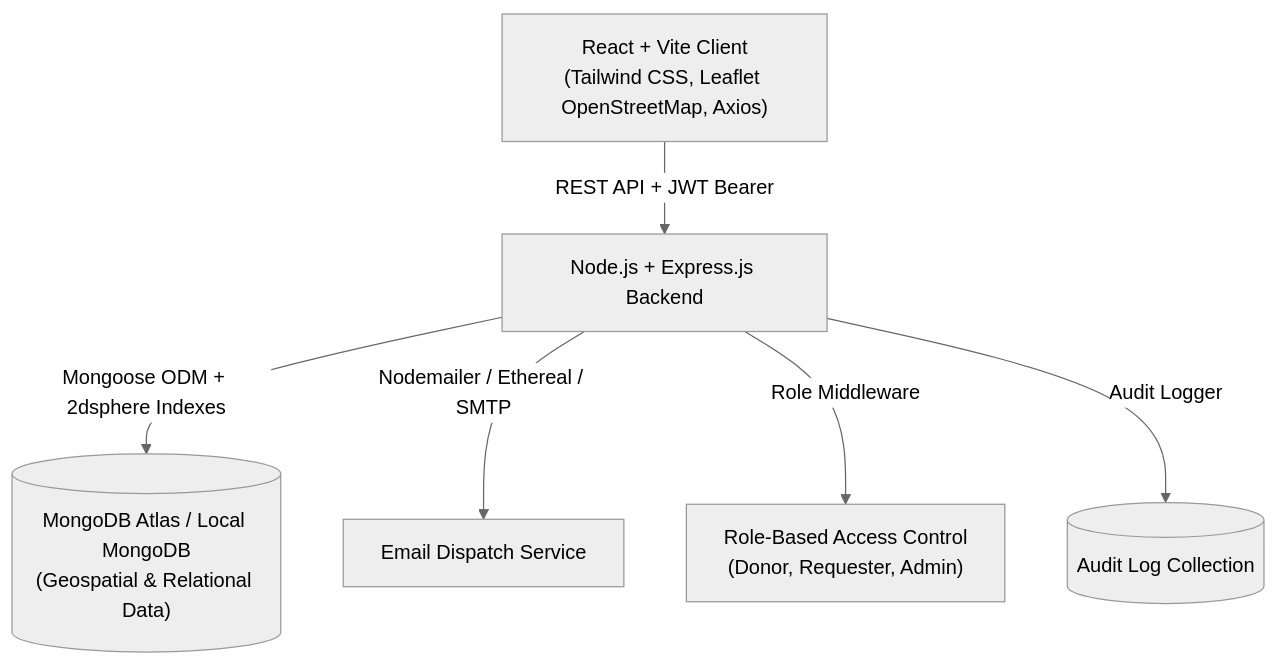
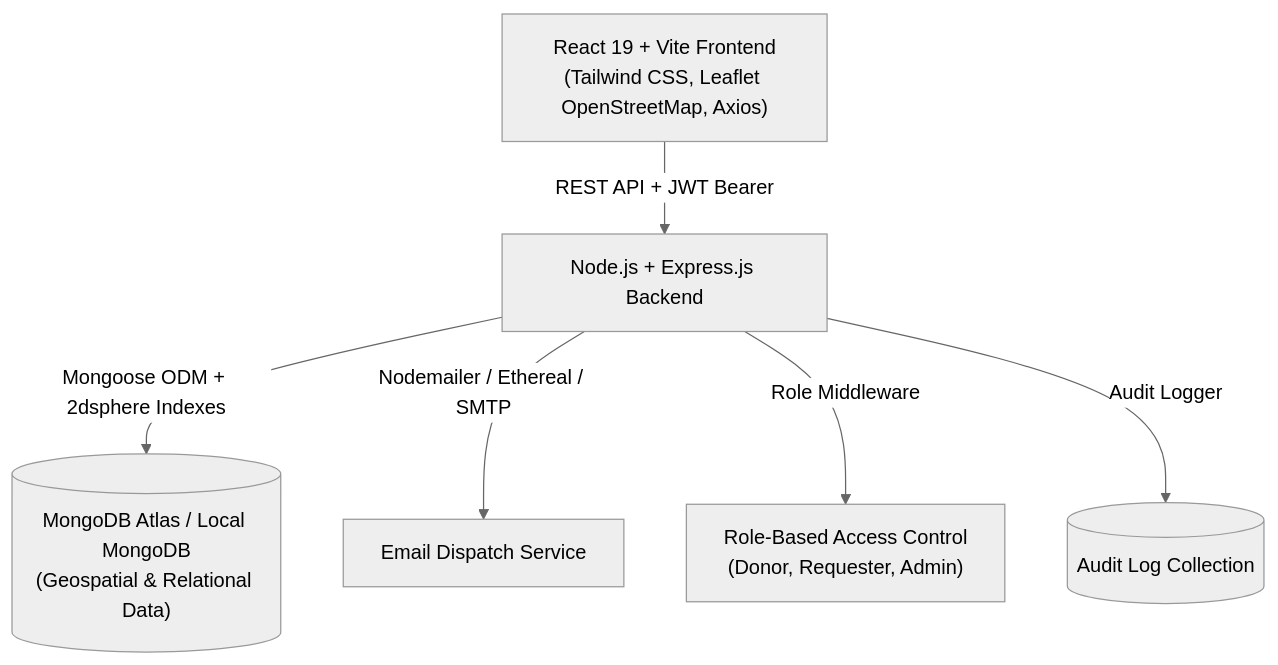
Before and after one commit to Mahesh748349/bloodnetwork: the diagram in README.md, drawn with Mermaid (neutral theme). The commit also changed other lines of this file, not shown here.

Commit message:
docs: add teammates quickstart, directory map, and onboarding guide to README

````diff
--- a/README.md
+++ b/README.md
@@ -12,8 +142,8 @@
 ```mermaid
 graph TD
-    Client["React + Vite Client<br/>(Tailwind CSS, Leaflet OpenStreetMap, Axios)"] -->|REST API + JWT Bearer| Server["Node.js + Express.js Backend"]
+    Client["React 19 + Vite Frontend<br/>(Tailwind CSS, Leaflet OpenStreetMap, Axios)"] -->|REST API + JWT Bearer| Server["Node.js + Express.js Backend"]
     Server -->|Mongoose ODM + 2dsphere Indexes| MongoDB[("MongoDB Atlas / Local MongoDB<br/>(Geospatial & Relational Data)")]
     Server -->|Nodemailer / Ethereal / SMTP| Mailer["Email Dispatch Service"]
     Server -->|Role Middleware| RBAC["Role-Based Access Control<br/>(Donor, Requester, Admin)"]
     Server -->|Audit Logger| Audit[("Audit Log Collection")]
 ```
````
